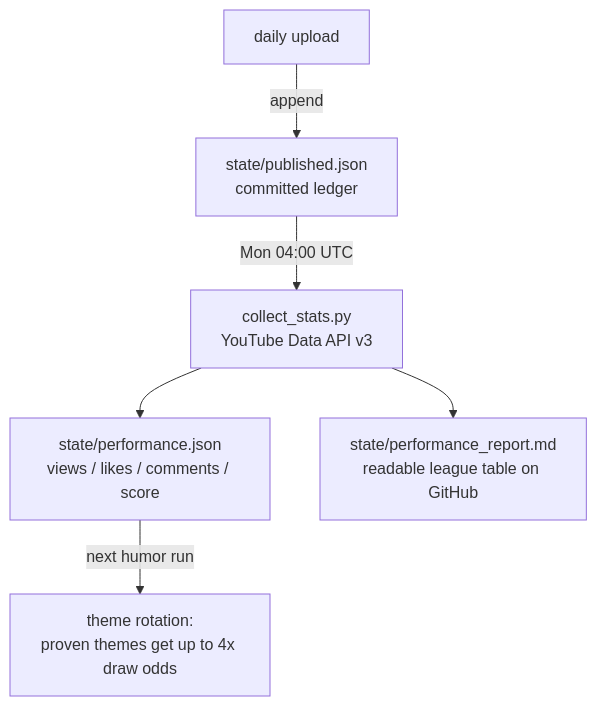
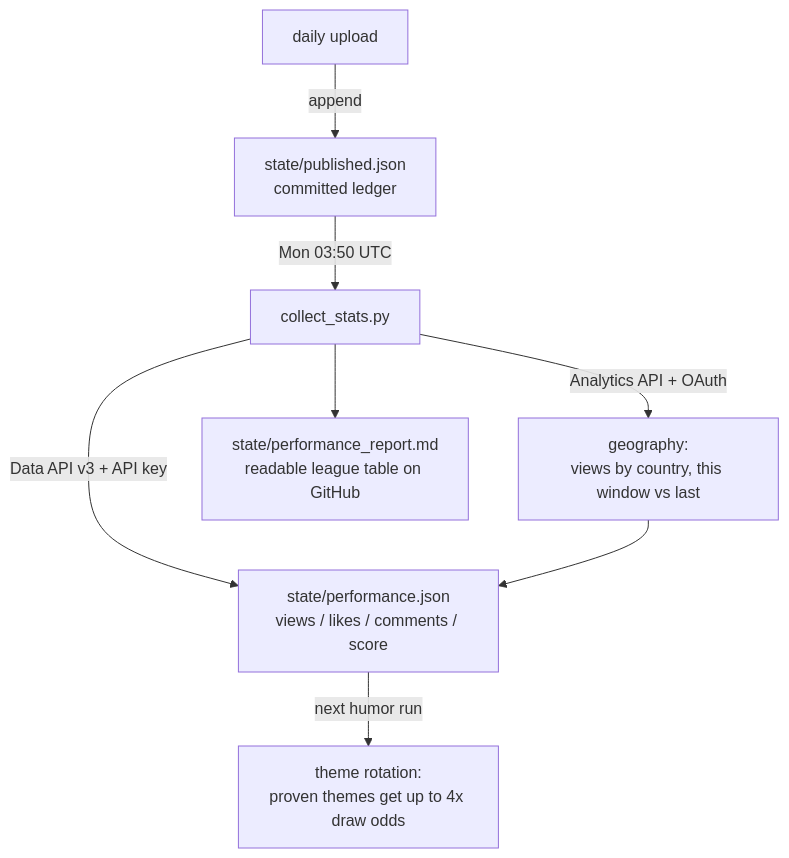
Before and after one commit to Nagukore/yt-automation-oss: the second of 2 diagrams in README.md, drawn with Mermaid. The commit also changed other lines of this file, not shown here.

````diff
--- a/README.md
+++ b/README.md
@@ -55,8 +76,10 @@
 ```mermaid
 flowchart TD
     A[daily upload] -->|append| B[state/published.json<br/>committed ledger]
-    B -->|Mon 04:00 UTC| C[collect_stats.py<br/>YouTube Data API v3]
-    C --> D[state/performance.json<br/>views / likes / comments / score]
+    B -->|Mon 03:50 UTC| C[collect_stats.py]
+    C -->|Data API v3 + API key| D[state/performance.json<br/>views / likes / comments / score]
+    C -->|Analytics API + OAuth| G[geography:<br/>views by country, this window vs last]
+    G --> D
     C --> E[state/performance_report.md<br/>readable league table on GitHub]
     D -->|next humor run| F[theme rotation:<br/>proven themes get up to 4x draw odds]
 ```
````
